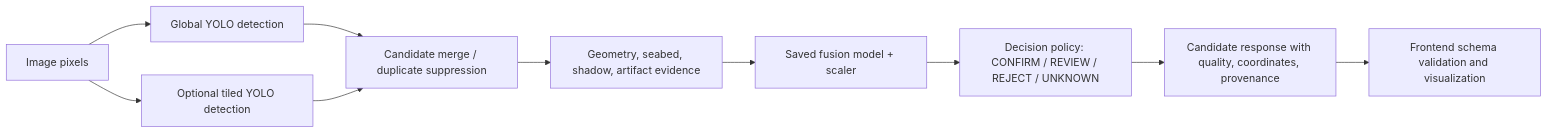
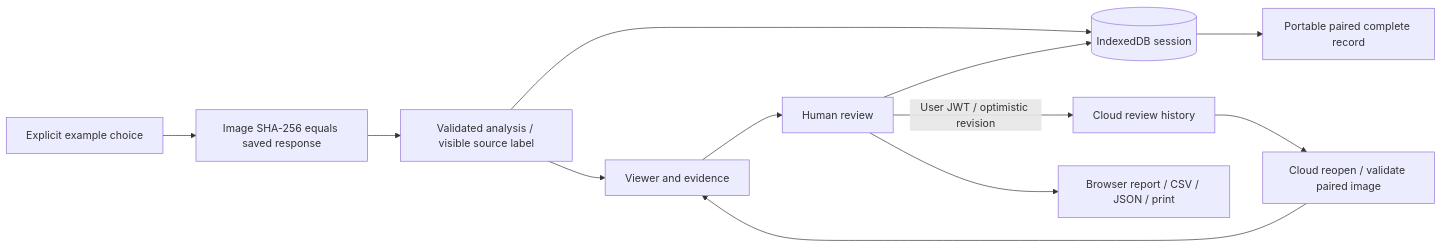
The third of 4 diagrams in docs/ARCHITECTURE.md (anugrahks19/SonarShield), drawn with Mermaid before and after one commit. The commit also changed other lines of this file and 118 other files, not shown here.

````diff
--- a/docs/ARCHITECTURE.md
+++ b/docs/ARCHITECTURE.md
@@ -87,12 +75,14 @@
 ```mermaid
 flowchart LR
-  I[Image pixels] --> G[Global YOLO detection]
-  I --> T[Optional tiled YOLO detection]
-  G --> M[Candidate merge / duplicate suppression]
-  T --> M
-  M --> E[Geometry, seabed, shadow, artifact evidence]
-  E --> F[Saved fusion model + scaler]
-  F --> DP[Decision policy: CONFIRM / REVIEW / REJECT / UNKNOWN]
-  DP --> C[Candidate response with quality, coordinates, provenance]
-  C --> Z[Frontend schema validation and visualization]
+ E[Explicit example choice] --> H[Image SHA-256 equals saved response]
+ H --> A[Validated analysis / visible source label]
+ A --> V[Viewer and evidence]
+ V --> R[Human review]
+ A --> I[(IndexedDB session)]
+ R --> I
+ I --> P[Portable paired complete record]
+ R -->|User JWT / optimistic revision| C[Cloud review history]
+ C --> O[Cloud reopen / validate paired image]
+ O --> V
+ R --> REP[Browser report / CSV / JSON / print]
 ```
````
